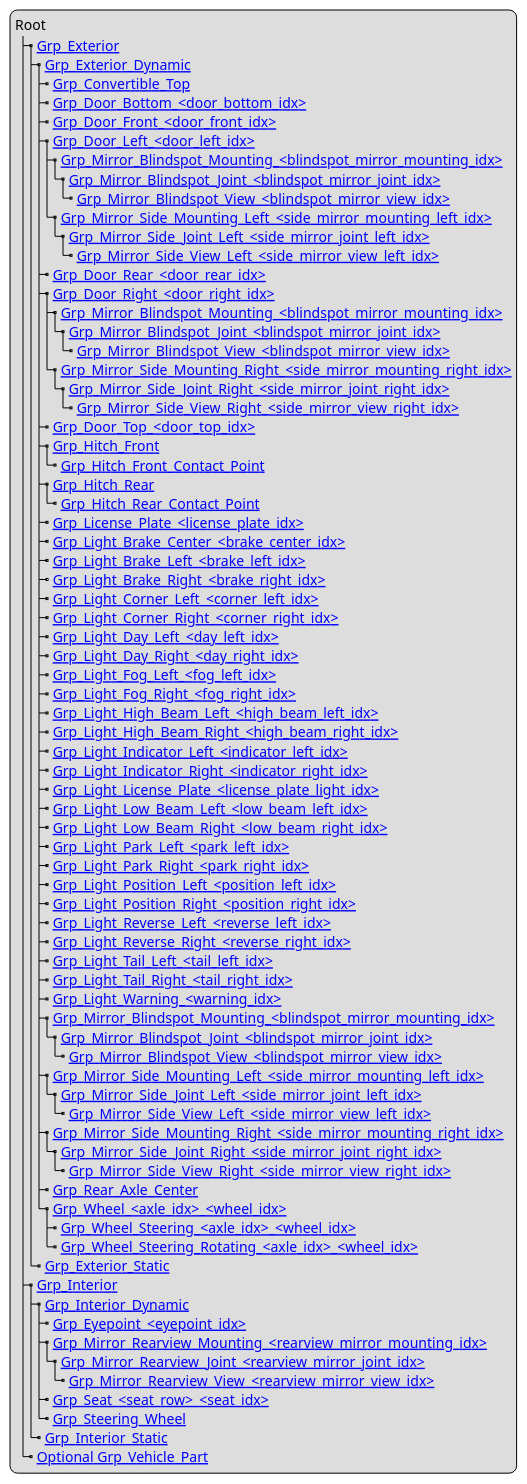
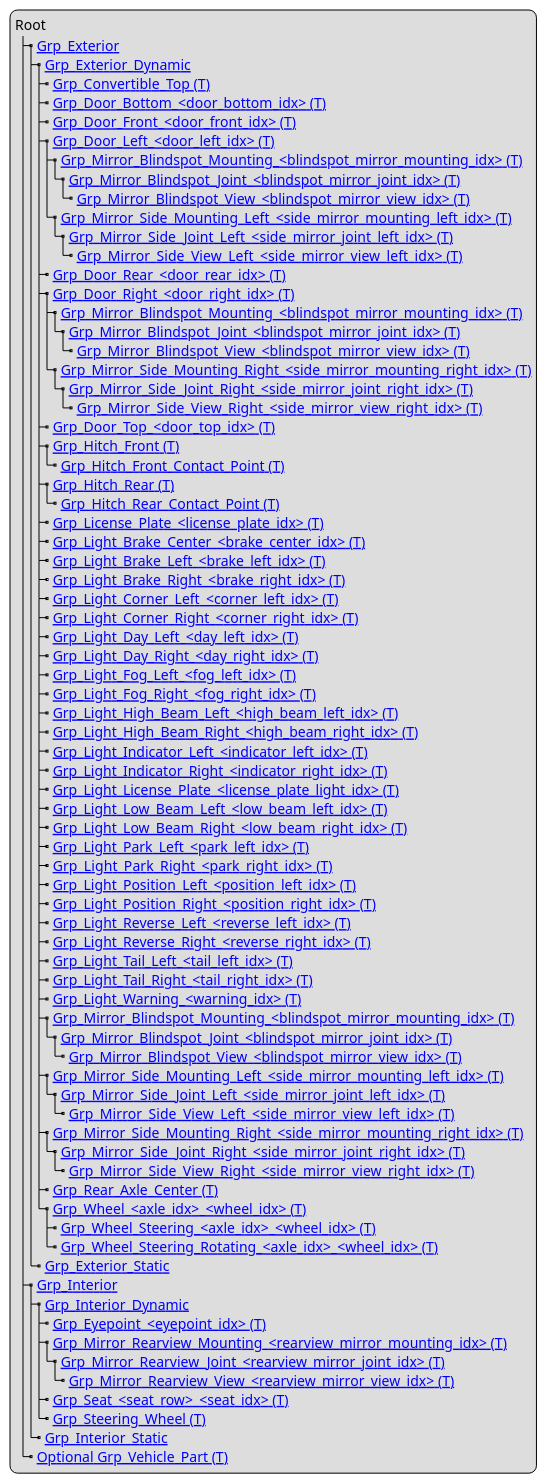
The diagram in content/geometry/object-vehicle/vehicle-structure.adoc (asam-ev/OpenMATERIAL), drawn with PlantUML before and after one commit. The commit also changed other lines of this file and 2 other files, not shown here.

Commit message:
Add (T) indicators to vehicle structure and environment general section

```diff
--- a/content/geometry/object-vehicle/vehicle-structure.adoc
+++ b/content/geometry/object-vehicle/vehicle-structure.adoc
@@ -9,81 +9,81 @@
 [plantuml]
 ----
 legend
 Root
 |_ [[../geometry/object-vehicle/vehicle-index.html#_grp_exterior Grp_Exterior]]
   |_ [[../geometry/object-vehicle/vehicle-index.html#_grp_exterior_dynamic Grp_Exterior_Dynamic]]
-    |_ [[../geometry/object-vehicle/vehicle-index.html#_grp_convertible_top Grp_Convertible_Top]]
-    |_ [[../geometry/object-vehicle/vehicle-index.html#_grp_door_bottom_door_bottom_idx Grp_Door_Bottom_<door_bottom_idx>]]
-    |_ [[../geometry/object-vehicle/vehicle-index.html#_grp_door_front_door_front_idx Grp_Door_Front_<door_front_idx>]]
-    |_ [[../geometry/object-vehicle/vehicle-index.html#_grp_door_left_door_left_idx Grp_Door_Left_<door_left_idx>]]
-      |_ [[../geometry/object-vehicle/vehicle-index.html#_grp_mirror_blindspot_mounting_blindspot_mirror_mounting_idx Grp_Mirror_Blindspot_Mounting_<blindspot_mirror_mounting_idx>]]
-        |_ [[../geometry/object-vehicle/vehicle-index.html#_grp_mirror_blindspot_joint_blindspot_mirror_joint_idx Grp_Mirror_Blindspot_Joint_<blindspot_mirror_joint_idx>]]
-          |_ [[../geometry/object-vehicle/vehicle-index.html#_grp_mirror_blindspot_view_blindspot_mirror_view_idx Grp_Mirror_Blindspot_View_<blindspot_mirror_view_idx>]]
-      |_ [[../geometry/object-vehicle/vehicle-index.html#_grp_mirror_side_mounting_left_side_mirror_mounting_left_idx Grp_Mirror_Side_Mounting_Left_<side_mirror_mounting_left_idx>]]
-        |_ [[../geometry/object-vehicle/vehicle-index.html#_grp_mirror_side_joint_left_side_mirror_joint_left_idx Grp_Mirror_Side_Joint_Left_<side_mirror_joint_left_idx> ]]
-          |_ [[../geometry/object-vehicle/vehicle-index.html#_grp_mirror_side_view_left_side_mirror_view_left_idx Grp_Mirror_Side_View_Left_<side_mirror_view_left_idx> ]]
-    |_ [[../geometry/object-vehicle/vehicle-index.html#_grp_door_rear_door_rear_idx Grp_Door_Rear_<door_rear_idx>]]
-    |_ [[../geometry/object-vehicle/vehicle-index.html#_grp_door_right_door_right_idx Grp_Door_Right_<door_right_idx>]]
-      |_ [[../geometry/object-vehicle/vehicle-index.html#_grp_mirror_blindspot_mounting_blindspot_mirror_mounting_idx Grp_Mirror_Blindspot_Mounting_<blindspot_mirror_mounting_idx>]]
-        |_ [[../geometry/object-vehicle/vehicle-index.html#_grp_mirror_blindspot_joint_blindspot_mirror_joint_idx Grp_Mirror_Blindspot_Joint_<blindspot_mirror_joint_idx>]]
-          |_ [[../geometry/object-vehicle/vehicle-index.html#_grp_mirror_blindspot_view_blindspot_mirror_view_idx Grp_Mirror_Blindspot_View_<blindspot_mirror_view_idx>]]
-      |_ [[../geometry/object-vehicle/vehicle-index.html#_grp_mirror_side_mounting_right_side_mirror_mounting_right_idx Grp_Mirror_Side_Mounting_Right_<side_mirror_mounting_right_idx>]]
-        |_ [[../geometry/object-vehicle/vehicle-index.html#_grp_mirror_side_joint_right_side_mirror_joint_right_idx Grp_Mirror_Side_Joint_Right_<side_mirror_joint_right_idx> ]]
-          |_ [[../geometry/object-vehicle/vehicle-index.html#_grp_mirror_side_view_right_side_mirror_view_right_idx Grp_Mirror_Side_View_Right_<side_mirror_view_right_idx> ]]
-    |_ [[../geometry/object-vehicle/vehicle-index.html#_grp_door_top_door_top_idx Grp_Door_Top_<door_top_idx>]]
-    |_ [[../geometry/object-vehicle/vehicle-index.html#_grp_hitch_front Grp_Hitch_Front]]
-      |_ [[../geometry/object-vehicle/vehicle-index.html#_grp_hitch_front_contact_point Grp_Hitch_Front_Contact_Point]]
-    |_ [[../geometry/object-vehicle/vehicle-index.html#_grp_hitch_rear Grp_Hitch_Rear]]
-      |_ [[../geometry/object-vehicle/vehicle-index.html#_grp_hitch_rear_contact_point Grp_Hitch_Rear_Contact_Point]]
-    |_ [[../geometry/object-vehicle/vehicle-index.html#_grp_license_plate_license_plate_idx Grp_License_Plate_<license_plate_idx>]]
-    |_ [[../geometry/object-vehicle/vehicle-index.html#_grp_light_brake_center_brake_center_idx Grp_Light_Brake_Center_<brake_center_idx>]]
-    |_ [[../geometry/object-vehicle/vehicle-index.html#_grp_light_brake_left_brake_left_idx Grp_Light_Brake_Left_<brake_left_idx>]]
-    |_ [[../geometry/object-vehicle/vehicle-index.html#_grp_light_brake_right_brake_right_idx Grp_Light_Brake_Right_<brake_right_idx>]]
-    |_ [[../geometry/object-vehicle/vehicle-index.html#_grp_light_corner_left_corner_left_idx Grp_Light_Corner_Left_<corner_left_idx>]]
-    |_ [[../geometry/object-vehicle/vehicle-index.html#_grp_light_corner_right_corner_right_idx Grp_Light_Corner_Right_<corner_right_idx>]]
-    |_ [[../geometry/object-vehicle/vehicle-index.html#_grp_light_day_left_day_left_idx Grp_Light_Day_Left_<day_left_idx>]]
-    |_ [[../geometry/object-vehicle/vehicle-index.html#_grp_light_day_right_day_right_idx Grp_Light_Day_Right_<day_right_idx>]]
-    |_ [[../geometry/object-vehicle/vehicle-index.html#_grp_light_fog_left_fog_left_idx Grp_Light_Fog_Left_<fog_left_idx>]]
-    |_ [[../geometry/object-vehicle/vehicle-index.html#_grp_light_fog_right_fog_right_idx Grp_Light_Fog_Right_<fog_right_idx>]]
-    |_ [[../geometry/object-vehicle/vehicle-index.html#_grp_light_high_beam_left_high_beam_left_idx Grp_Light_High_Beam_Left_<high_beam_left_idx>]]
-    |_ [[../geometry/object-vehicle/vehicle-index.html#_grp_light_high_beam_right_high_beam_right_idx Grp_Light_High_Beam_Right_<high_beam_right_idx>]]
-    |_ [[../geometry/object-vehicle/vehicle-index.html#_grp_light_indicator_left_indicator_left_idx Grp_Light_Indicator_Left_<indicator_left_idx>]]
-    |_ [[../geometry/object-vehicle/vehicle-index.html#_grp_light_indicator_right_indicator_right_idx Grp_Light_Indicator_Right_<indicator_right_idx>]]
-    |_ [[../geometry/object-vehicle/vehicle-index.html#_grp_light_license_plate_license_plate_light_idx Grp_Light_License_Plate_<license_plate_light_idx>]]
-    |_ [[../geometry/object-vehicle/vehicle-index.html#_grp_light_low_beam_left_low_beam_left_idx Grp_Light_Low_Beam_Left_<low_beam_left_idx>]]
-    |_ [[../geometry/object-vehicle/vehicle-index.html#_grp_light_low_beam_right_low_beam_right_idx Grp_Light_Low_Beam_Right_<low_beam_right_idx>]]
-    |_ [[../geometry/object-vehicle/vehicle-index.html#_grp_light_park_left_park_left_idx Grp_Light_Park_Left_<park_left_idx>]]
-    |_ [[../geometry/object-vehicle/vehicle-index.html#_grp_light_park_right_park_right_idx Grp_Light_Park_Right_<park_right_idx> ]]
-    |_ [[../geometry/object-vehicle/vehicle-index.html#_grp_light_position_left_position_left_idx Grp_Light_Position_Left_<position_left_idx>]]
-    |_ [[../geometry/object-vehicle/vehicle-index.html#_grp_light_position_right_position_right_idx Grp_Light_Position_Right_<position_right_idx>]]
-    |_ [[../geometry/object-vehicle/vehicle-index.html#_grp_light_reverse_left_reverse_left_idx Grp_Light_Reverse_Left_<reverse_left_idx>]]
-    |_ [[../geometry/object-vehicle/vehicle-index.html#_grp_light_reverse_right_reverse_right_idx Grp_Light_Reverse_Right_<reverse_right_idx>]]
-    |_ [[../geometry/object-vehicle/vehicle-index.html#_grp_light_tail_left_tail_left_idx Grp_Light_Tail_Left_<tail_left_idx>]]
-    |_ [[../geometry/object-vehicle/vehicle-index.html#_grp_light_tail_right_tail_right_idx Grp_Light_Tail_Right_<tail_right_idx>]]
-    |_ [[../geometry/object-vehicle/vehicle-index.html#_grp_light_warning_warning_idx Grp_Light_Warning_<warning_idx>]]
-    |_ [[../geometry/object-vehicle/vehicle-index.html#_grp_mirror_blindspot_mounting_blindspot_mirror_mounting_idx Grp_Mirror_Blindspot_Mounting_<blindspot_mirror_mounting_idx>]]
-      |_ [[../geometry/object-vehicle/vehicle-index.html#_grp_mirror_blindspot_joint_blindspot_mirror_joint_idx Grp_Mirror_Blindspot_Joint_<blindspot_mirror_joint_idx>]]
-        |_ [[../geometry/object-vehicle/vehicle-index.html#_grp_mirror_blindspot_view_blindspot_mirror_view_idx Grp_Mirror_Blindspot_View_<blindspot_mirror_view_idx>]]
-    |_ [[../geometry/object-vehicle/vehicle-index.html#_grp_mirror_side_mounting_left_side_mirror_mounting_left_idx Grp_Mirror_Side_Mounting_Left_<side_mirror_mounting_left_idx>]]
-      |_ [[../geometry/object-vehicle/vehicle-index.html#_grp_mirror_side_joint_left_side_mirror_joint_left_idx Grp_Mirror_Side_Joint_Left_<side_mirror_joint_left_idx> ]]
-        |_ [[../geometry/object-vehicle/vehicle-index.html#_grp_mirror_side_view_left_side_mirror_view_left_idx Grp_Mirror_Side_View_Left_<side_mirror_view_left_idx> ]]
-    |_ [[../geometry/object-vehicle/vehicle-index.html#_grp_mirror_side_mounting_right_side_mirror_mounting_right_idx Grp_Mirror_Side_Mounting_Right_<side_mirror_mounting_right_idx>]]
-      |_ [[../geometry/object-vehicle/vehicle-index.html#_grp_mirror_side_joint_right_side_mirror_joint_right_idx Grp_Mirror_Side_Joint_Right_<side_mirror_joint_right_idx> ]]
-        |_ [[../geometry/object-vehicle/vehicle-index.html#_grp_mirror_side_view_right_side_mirror_view_right_idx Grp_Mirror_Side_View_Right_<side_mirror_view_right_idx> ]]
-    |_ [[../geometry/object-vehicle/vehicle-index.html#_grp_rear_axle_center Grp_Rear_Axle_Center]]
-    |_ [[../geometry/object-vehicle/vehicle-index.html#_grp_wheel_axle_idx_wheel_idx Grp_Wheel_<axle_idx>_<wheel_idx>]]
-      |_ [[../geometry/object-vehicle/vehicle-index.html#_grp_wheel_steering_axle_idx_wheel_idx Grp_Wheel_Steering_<axle_idx>_<wheel_idx>]]
-      |_ [[../geometry/object-vehicle/vehicle-index.html#_grp_wheel_steering_rotating_axle_idx_wheel_idx Grp_Wheel_Steering_Rotating_<axle_idx>_<wheel_idx>]]
+    |_ [[../geometry/object-vehicle/vehicle-index.html#_grp_convertible_top Grp_Convertible_Top (T)]]
+    |_ [[../geometry/object-vehicle/vehicle-index.html#_grp_door_bottom_door_bottom_idx Grp_Door_Bottom_<door_bottom_idx> (T)]]
+    |_ [[../geometry/object-vehicle/vehicle-index.html#_grp_door_front_door_front_idx Grp_Door_Front_<door_front_idx> (T)]]
+    |_ [[../geometry/object-vehicle/vehicle-index.html#_grp_door_left_door_left_idx Grp_Door_Left_<door_left_idx> (T)]]
+      |_ [[../geometry/object-vehicle/vehicle-index.html#_grp_mirror_blindspot_mounting_blindspot_mirror_mounting_idx Grp_Mirror_Blindspot_Mounting_<blindspot_mirror_mounting_idx> (T)]]
+        |_ [[../geometry/object-vehicle/vehicle-index.html#_grp_mirror_blindspot_joint_blindspot_mirror_joint_idx Grp_Mirror_Blindspot_Joint_<blindspot_mirror_joint_idx> (T)]]
+          |_ [[../geometry/object-vehicle/vehicle-index.html#_grp_mirror_blindspot_view_blindspot_mirror_view_idx Grp_Mirror_Blindspot_View_<blindspot_mirror_view_idx> (T)]]
+      |_ [[../geometry/object-vehicle/vehicle-index.html#_grp_mirror_side_mounting_left_side_mirror_mounting_left_idx Grp_Mirror_Side_Mounting_Left_<side_mirror_mounting_left_idx> (T)]]
+        |_ [[../geometry/object-vehicle/vehicle-index.html#_grp_mirror_side_joint_left_side_mirror_joint_left_idx Grp_Mirror_Side_Joint_Left_<side_mirror_joint_left_idx>  (T)]]
+          |_ [[../geometry/object-vehicle/vehicle-index.html#_grp_mirror_side_view_left_side_mirror_view_left_idx Grp_Mirror_Side_View_Left_<side_mirror_view_left_idx>  (T)]]
+    |_ [[../geometry/object-vehicle/vehicle-index.html#_grp_door_rear_door_rear_idx Grp_Door_Rear_<door_rear_idx> (T)]]
+    |_ [[../geometry/object-vehicle/vehicle-index.html#_grp_door_right_door_right_idx Grp_Door_Right_<door_right_idx> (T)]]
+      |_ [[../geometry/object-vehicle/vehicle-index.html#_grp_mirror_blindspot_mounting_blindspot_mirror_mounting_idx Grp_Mirror_Blindspot_Mounting_<blindspot_mirror_mounting_idx> (T)]]
+        |_ [[../geometry/object-vehicle/vehicle-index.html#_grp_mirror_blindspot_joint_blindspot_mirror_joint_idx Grp_Mirror_Blindspot_Joint_<blindspot_mirror_joint_idx> (T)]]
+          |_ [[../geometry/object-vehicle/vehicle-index.html#_grp_mirror_blindspot_view_blindspot_mirror_view_idx Grp_Mirror_Blindspot_View_<blindspot_mirror_view_idx> (T)]]
+      |_ [[../geometry/object-vehicle/vehicle-index.html#_grp_mirror_side_mounting_right_side_mirror_mounting_right_idx Grp_Mirror_Side_Mounting_Right_<side_mirror_mounting_right_idx> (T)]]
+        |_ [[../geometry/object-vehicle/vehicle-index.html#_grp_mirror_side_joint_right_side_mirror_joint_right_idx Grp_Mirror_Side_Joint_Right_<side_mirror_joint_right_idx>  (T)]]
+          |_ [[../geometry/object-vehicle/vehicle-index.html#_grp_mirror_side_view_right_side_mirror_view_right_idx Grp_Mirror_Side_View_Right_<side_mirror_view_right_idx>  (T)]]
+    |_ [[../geometry/object-vehicle/vehicle-index.html#_grp_door_top_door_top_idx Grp_Door_Top_<door_top_idx> (T)]]
+    |_ [[../geometry/object-vehicle/vehicle-index.html#_grp_hitch_front Grp_Hitch_Front (T)]]
+      |_ [[../geometry/object-vehicle/vehicle-index.html#_grp_hitch_front_contact_point Grp_Hitch_Front_Contact_Point (T)]]
+    |_ [[../geometry/object-vehicle/vehicle-index.html#_grp_hitch_rear Grp_Hitch_Rear (T)]]
+      |_ [[../geometry/object-vehicle/vehicle-index.html#_grp_hitch_rear_contact_point Grp_Hitch_Rear_Contact_Point (T)]]
+    |_ [[../geometry/object-vehicle/vehicle-index.html#_grp_license_plate_license_plate_idx Grp_License_Plate_<license_plate_idx> (T)]]
+    |_ [[../geometry/object-vehicle/vehicle-index.html#_grp_light_brake_center_brake_center_idx Grp_Light_Brake_Center_<brake_center_idx> (T)]]
+    |_ [[../geometry/object-vehicle/vehicle-index.html#_grp_light_brake_left_brake_left_idx Grp_Light_Brake_Left_<brake_left_idx> (T)]]
+    |_ [[../geometry/object-vehicle/vehicle-index.html#_grp_light_brake_right_brake_right_idx Grp_Light_Brake_Right_<brake_right_idx> (T)]]
+    |_ [[../geometry/object-vehicle/vehicle-index.html#_grp_light_corner_left_corner_left_idx Grp_Light_Corner_Left_<corner_left_idx> (T)]]
+    |_ [[../geometry/object-vehicle/vehicle-index.html#_grp_light_corner_right_corner_right_idx Grp_Light_Corner_Right_<corner_right_idx> (T)]]
+    |_ [[../geometry/object-vehicle/vehicle-index.html#_grp_light_day_left_day_left_idx Grp_Light_Day_Left_<day_left_idx> (T)]]
+    |_ [[../geometry/object-vehicle/vehicle-index.html#_grp_light_day_right_day_right_idx Grp_Light_Day_Right_<day_right_idx> (T)]]
+    |_ [[../geometry/object-vehicle/vehicle-index.html#_grp_light_fog_left_fog_left_idx Grp_Light_Fog_Left_<fog_left_idx> (T)]]
+    |_ [[../geometry/object-vehicle/vehicle-index.html#_grp_light_fog_right_fog_right_idx Grp_Light_Fog_Right_<fog_right_idx> (T)]]
+    |_ [[../geometry/object-vehicle/vehicle-index.html#_grp_light_high_beam_left_high_beam_left_idx Grp_Light_High_Beam_Left_<high_beam_left_idx> (T)]]
+    |_ [[../geometry/object-vehicle/vehicle-index.html#_grp_light_high_beam_right_high_beam_right_idx Grp_Light_High_Beam_Right_<high_beam_right_idx> (T)]]
+    |_ [[../geometry/object-vehicle/vehicle-index.html#_grp_light_indicator_left_indicator_left_idx Grp_Light_Indicator_Left_<indicator_left_idx> (T)]]
+    |_ [[../geometry/object-vehicle/vehicle-index.html#_grp_light_indicator_right_indicator_right_idx Grp_Light_Indicator_Right_<indicator_right_idx> (T)]]
+    |_ [[../geometry/object-vehicle/vehicle-index.html#_grp_light_license_plate_license_plate_light_idx Grp_Light_License_Plate_<license_plate_light_idx> (T)]]
+    |_ [[../geometry/object-vehicle/vehicle-index.html#_grp_light_low_beam_left_low_beam_left_idx Grp_Light_Low_Beam_Left_<low_beam_left_idx> (T)]]
+    |_ [[../geometry/object-vehicle/vehicle-index.html#_grp_light_low_beam_right_low_beam_right_idx Grp_Light_Low_Beam_Right_<low_beam_right_idx> (T)]]
+    |_ [[../geometry/object-vehicle/vehicle-index.html#_grp_light_park_left_park_left_idx Grp_Light_Park_Left_<park_left_idx> (T)]]
+    |_ [[../geometry/object-vehicle/vehicle-index.html#_grp_light_park_right_park_right_idx Grp_Light_Park_Right_<park_right_idx>  (T)]]
+    |_ [[../geometry/object-vehicle/vehicle-index.html#_grp_light_position_left_position_left_idx Grp_Light_Position_Left_<position_left_idx> (T)]]
+    |_ [[../geometry/object-vehicle/vehicle-index.html#_grp_light_position_right_position_right_idx Grp_Light_Position_Right_<position_right_idx> (T)]]
+    |_ [[../geometry/object-vehicle/vehicle-index.html#_grp_light_reverse_left_reverse_left_idx Grp_Light_Reverse_Left_<reverse_left_idx> (T)]]
+    |_ [[../geometry/object-vehicle/vehicle-index.html#_grp_light_reverse_right_reverse_right_idx Grp_Light_Reverse_Right_<reverse_right_idx> (T)]]
+    |_ [[../geometry/object-vehicle/vehicle-index.html#_grp_light_tail_left_tail_left_idx Grp_Light_Tail_Left_<tail_left_idx> (T)]]
+    |_ [[../geometry/object-vehicle/vehicle-index.html#_grp_light_tail_right_tail_right_idx Grp_Light_Tail_Right_<tail_right_idx> (T)]]
+    |_ [[../geometry/object-vehicle/vehicle-index.html#_grp_light_warning_warning_idx Grp_Light_Warning_<warning_idx> (T)]]
+    |_ [[../geometry/object-vehicle/vehicle-index.html#_grp_mirror_blindspot_mounting_blindspot_mirror_mounting_idx Grp_Mirror_Blindspot_Mounting_<blindspot_mirror_mounting_idx> (T)]]
+      |_ [[../geometry/object-vehicle/vehicle-index.html#_grp_mirror_blindspot_joint_blindspot_mirror_joint_idx Grp_Mirror_Blindspot_Joint_<blindspot_mirror_joint_idx> (T)]]
+        |_ [[../geometry/object-vehicle/vehicle-index.html#_grp_mirror_blindspot_view_blindspot_mirror_view_idx Grp_Mirror_Blindspot_View_<blindspot_mirror_view_idx> (T)]]
+    |_ [[../geometry/object-vehicle/vehicle-index.html#_grp_mirror_side_mounting_left_side_mirror_mounting_left_idx Grp_Mirror_Side_Mounting_Left_<side_mirror_mounting_left_idx> (T)]]
+      |_ [[../geometry/object-vehicle/vehicle-index.html#_grp_mirror_side_joint_left_side_mirror_joint_left_idx Grp_Mirror_Side_Joint_Left_<side_mirror_joint_left_idx>  (T)]]
+        |_ [[../geometry/object-vehicle/vehicle-index.html#_grp_mirror_side_view_left_side_mirror_view_left_idx Grp_Mirror_Side_View_Left_<side_mirror_view_left_idx>  (T)]]
+    |_ [[../geometry/object-vehicle/vehicle-index.html#_grp_mirror_side_mounting_right_side_mirror_mounting_right_idx Grp_Mirror_Side_Mounting_Right_<side_mirror_mounting_right_idx> (T)]]
+      |_ [[../geometry/object-vehicle/vehicle-index.html#_grp_mirror_side_joint_right_side_mirror_joint_right_idx Grp_Mirror_Side_Joint_Right_<side_mirror_joint_right_idx>  (T)]]
+        |_ [[../geometry/object-vehicle/vehicle-index.html#_grp_mirror_side_view_right_side_mirror_view_right_idx Grp_Mirror_Side_View_Right_<side_mirror_view_right_idx>  (T)]]
+    |_ [[../geometry/object-vehicle/vehicle-index.html#_grp_rear_axle_center Grp_Rear_Axle_Center (T)]]
+    |_ [[../geometry/object-vehicle/vehicle-index.html#_grp_wheel_axle_idx_wheel_idx Grp_Wheel_<axle_idx>_<wheel_idx> (T)]]
+      |_ [[../geometry/object-vehicle/vehicle-index.html#_grp_wheel_steering_axle_idx_wheel_idx Grp_Wheel_Steering_<axle_idx>_<wheel_idx> (T)]]
+      |_ [[../geometry/object-vehicle/vehicle-index.html#_grp_wheel_steering_rotating_axle_idx_wheel_idx Grp_Wheel_Steering_Rotating_<axle_idx>_<wheel_idx> (T)]]
   |_ [[../geometry/object-vehicle/vehicle-index.html#_grp_exterior_static Grp_Exterior_Static]]
 |_ [[../geometry/object-vehicle/vehicle-index.html#_grp_interior Grp_Interior]]
   |_ [[../geometry/object-vehicle/vehicle-index.html#_grp_interior_dynamic Grp_Interior_Dynamic]]
-    |_ [[../geometry/object-vehicle/vehicle-index.html#_grp_eyepoint_eyepoint_idx Grp_Eyepoint_<eyepoint_idx>]]
-    |_ [[../geometry/object-vehicle/vehicle-index.html#_grp_mirror_rearview_mounting_rearview_mirror_mounting_idx Grp_Mirror_Rearview_Mounting_<rearview_mirror_mounting_idx>]]
-      |_ [[../geometry/object-vehicle/vehicle-index.html#_grp_mirror_rearview_joint_rearview_mirror_joint_idx Grp_Mirror_Rearview_Joint_<rearview_mirror_joint_idx>]]
-        |_ [[../geometry/object-vehicle/vehicle-index.html#_grp_mirror_rearview_view_rearview_mirror_view_idx Grp_Mirror_Rearview_View_<rearview_mirror_view_idx>]]
-    |_ [[../geometry/object-vehicle/vehicle-index.html#_grp_seat_seat_row_seat_idx Grp_Seat_<seat_row>_<seat_idx>]]
-    |_ [[../geometry/object-vehicle/vehicle-index.html#_grp_steering_wheel Grp_Steering_Wheel]]
+    |_ [[../geometry/object-vehicle/vehicle-index.html#_grp_eyepoint_eyepoint_idx Grp_Eyepoint_<eyepoint_idx> (T)]]
+    |_ [[../geometry/object-vehicle/vehicle-index.html#_grp_mirror_rearview_mounting_rearview_mirror_mounting_idx Grp_Mirror_Rearview_Mounting_<rearview_mirror_mounting_idx> (T)]]
+      |_ [[../geometry/object-vehicle/vehicle-index.html#_grp_mirror_rearview_joint_rearview_mirror_joint_idx Grp_Mirror_Rearview_Joint_<rearview_mirror_joint_idx> (T)]]
+        |_ [[../geometry/object-vehicle/vehicle-index.html#_grp_mirror_rearview_view_rearview_mirror_view_idx Grp_Mirror_Rearview_View_<rearview_mirror_view_idx> (T)]]
+    |_ [[../geometry/object-vehicle/vehicle-index.html#_grp_seat_seat_row_seat_idx Grp_Seat_<seat_row>_<seat_idx> (T)]]
+    |_ [[../geometry/object-vehicle/vehicle-index.html#_grp_steering_wheel Grp_Steering_Wheel (T)]]
   |_ [[../geometry/object-vehicle/vehicle-index.html#_grp_interior_static Grp_Interior_Static]]
-|_ [[../geometry/object-vehicle/vehicle-index.html#_grp_vehicle_part Optional Grp_Vehicle_Part]]
+|_ [[../geometry/object-vehicle/vehicle-index.html#_grp_vehicle_part Optional Grp_Vehicle_Part (T)]]
 end legend
 ----
```
